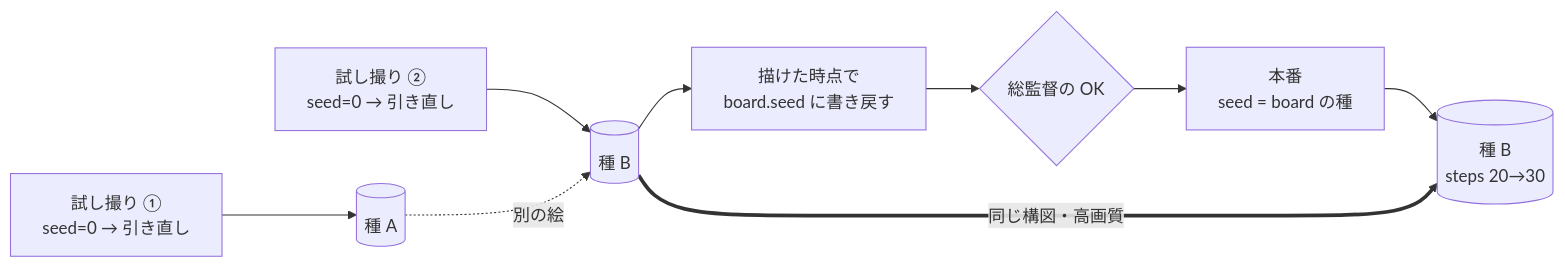
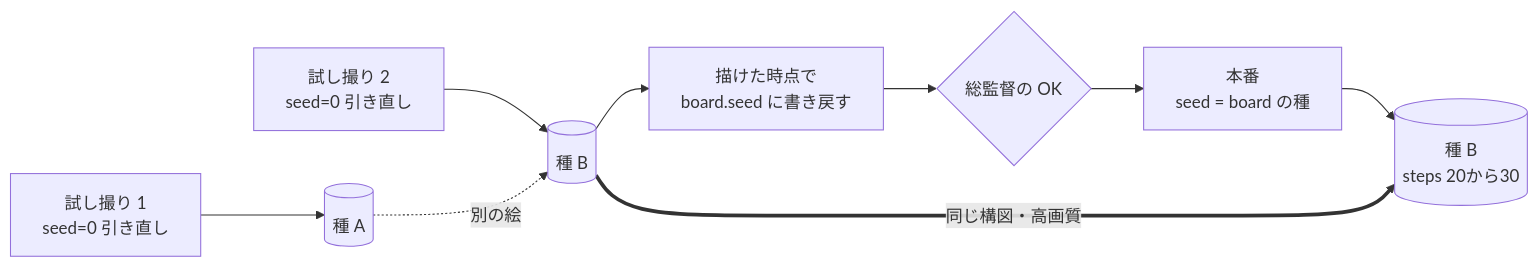
Before and after one commit to ranbell/ranbell_image: the fifth of 6 diagrams in docs/tech/muse.ja.md, drawn with Mermaid. The commit also changed other lines of this file and 6 other files, not shown here.

````diff
--- a/docs/tech/muse.ja.md
+++ b/docs/tech/muse.ja.md
@@ -222,11 +455,11 @@
 ```mermaid
 flowchart LR
-    B1["試し撮り ①<br/>seed=0 → 引き直し"] --> R1[("種 A")]
-    B2["試し撮り ②<br/>seed=0 → 引き直し"] --> R2[("種 B")]
+    B1["試し撮り 1<br/>seed=0 引き直し"] --> R1[("種 A")]
+    B2["試し撮り 2<br/>seed=0 引き直し"] --> R2[("種 B")]
     R2 --> WB["描けた時点で<br/>board.seed に書き戻す"]
     WB --> OK{"総監督の OK"}
     OK --> SH["本番<br/>seed = board の種"]
-    SH --> R3[("種 B<br/>steps 20→30")]
+    SH --> R3[("種 B<br/>steps 20から30")]
     R1 -.->|"別の絵"| R2
     R2 ==>|"同じ構図・高画質"| R3
 ```
````
